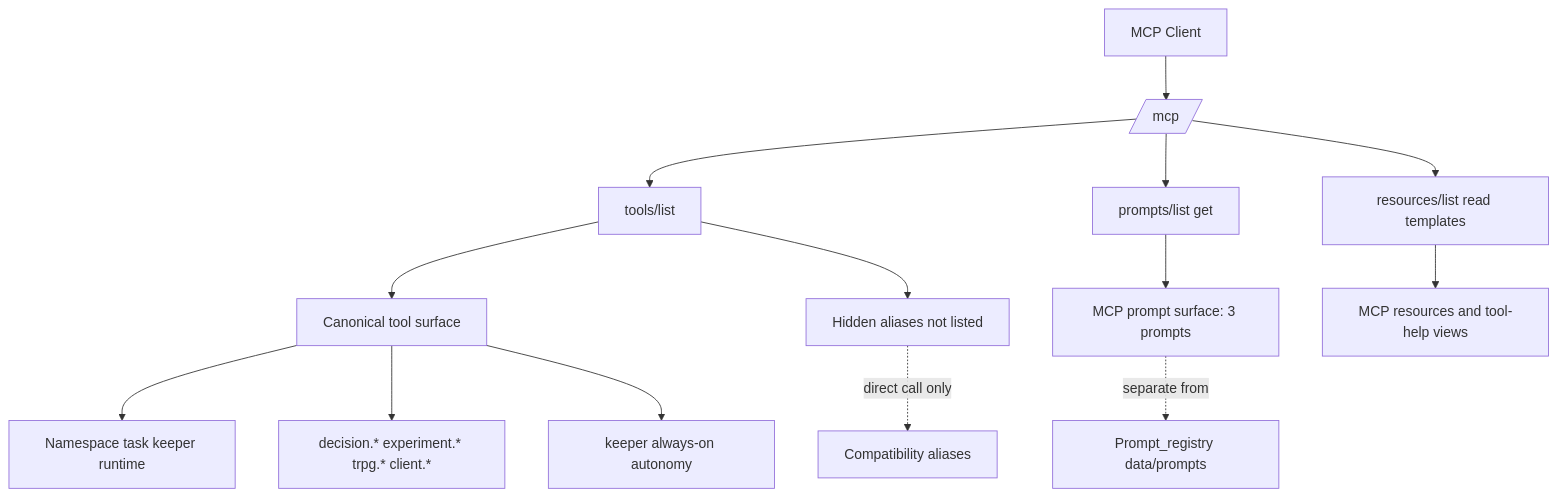
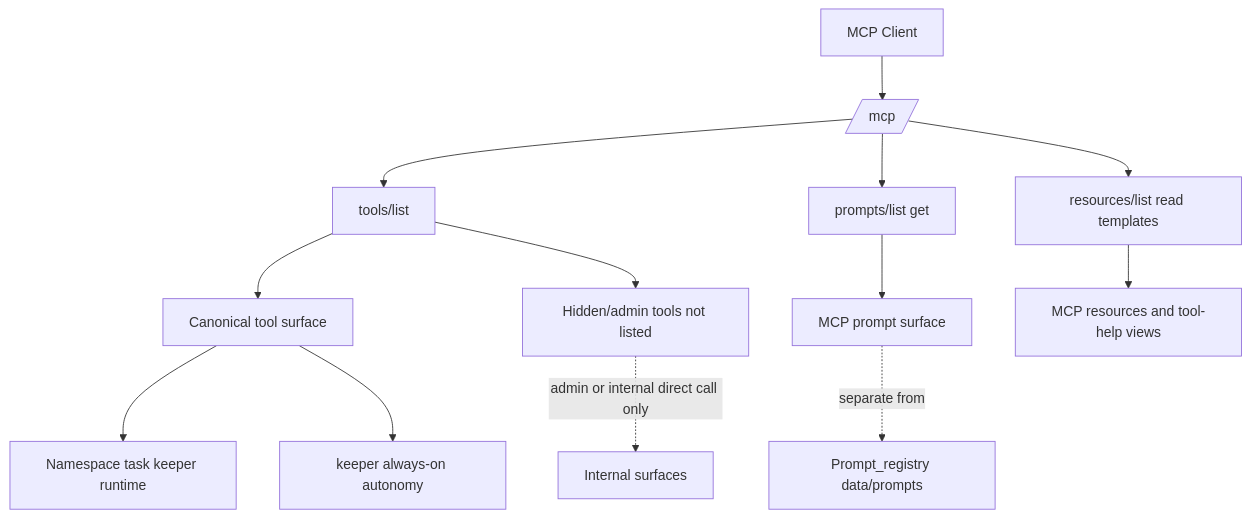
One commit to jeong-sik/masc changed the first of 4 diagrams in docs/MCP-SURFACE-AUDIT.md. Above: the diagram before and after it, drawn with Mermaid. The commit also changed other lines of this file and 5 other files, not shown here.

Commit message:
docs(mcp): mark compat aliases as removal targets

````diff
--- a/docs/MCP-SURFACE-AUDIT.md
+++ b/docs/MCP-SURFACE-AUDIT.md
@@ -69,21 +69,20 @@
 ```mermaid
 flowchart TD
   Client[MCP Client] --> MCP[/mcp/]
 
   MCP --> TL[tools/list]
   MCP --> PL[prompts/list get]
   MCP --> RL[resources/list read templates]
 
   TL --> Canon[Canonical tool surface]
-  TL --> Hidden[Hidden aliases not listed]
+  TL --> Hidden[Hidden/admin tools not listed]
 
   Canon --> Core[Namespace task keeper runtime]
-  Canon --> GameView[decision.* experiment.* trpg.* client.*]
   Canon --> Ecosystem[keeper always-on autonomy]
 
-  PL --> PromptSurface[MCP prompt surface: 3 prompts]
+  PL --> PromptSurface[MCP prompt surface]
   RL --> ResourceSurface[MCP resources and tool-help views]
 
-  Hidden -. direct call only .-> Compat[Compatibility aliases]
+  Hidden -. admin or internal direct call only .-> Internal[Internal surfaces]
   PromptSurface -. separate from .-> InternalPrompts[Prompt_registry data/prompts]
 ```
````
